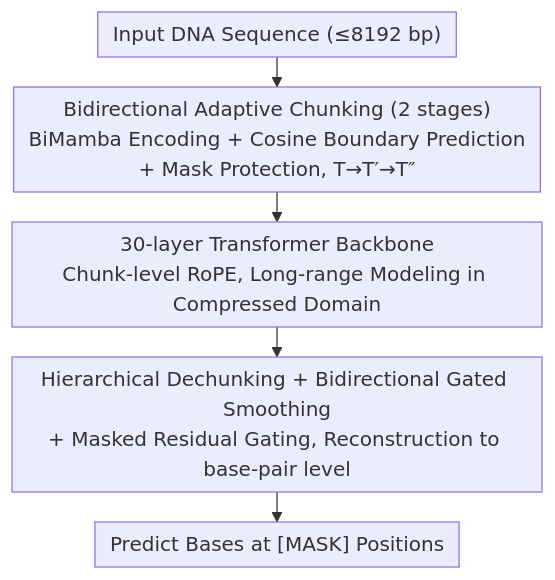
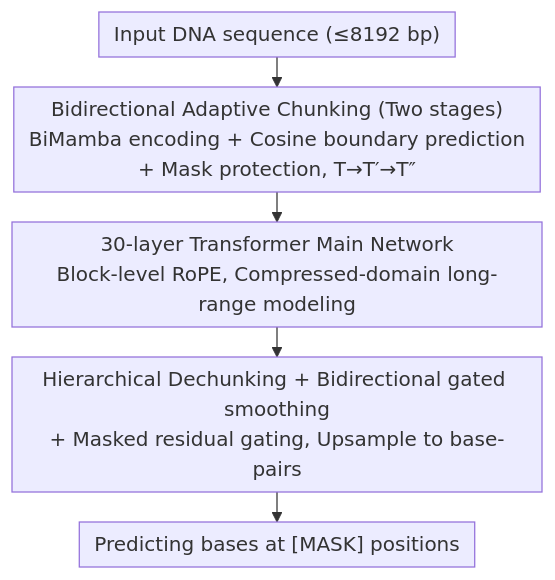
Before and after one commit to zhaoyang97/Paper-Notes-en: the diagram in docs/ICML2026/computational_biology/dnachunker_learnable_tokenization_for_dna_language_models.md, drawn with Mermaid. The commit also changed other lines of this file and 5084 other files, not shown here.

````diff
--- a/docs/ICML2026/computational_biology/dnachunker_learnable_tokenization_for_dna_language_models.md
+++ b/docs/ICML2026/computational_biology/dnachunker_learnable_tokenization_for_dna_language_models.md
@@ -43,8 +43,8 @@
 ```mermaid
 %%{init: {'flowchart': {'rankSpacing': 24, 'nodeSpacing': 28, 'padding': 6, 'wrappingWidth': 400}}}%%
 flowchart TD
-    A["Input DNA Sequence (≤8192 bp)"] --> B["Bidirectional Adaptive Chunking (2 stages)<br/>BiMamba Encoding + Cosine Boundary Prediction<br/>+ Mask Protection, T→T′→T″"]
-    B --> C["30-layer Transformer Backbone<br/>Chunk-level RoPE, Long-range Modeling in Compressed Domain"]
-    C --> D["Hierarchical Dechunking + Bidirectional Gated Smoothing<br/>+ Masked Residual Gating, Reconstruction to base-pair level"]
-    D --> E["Predict Bases at [MASK] Positions"]
+    A["Input DNA sequence (≤8192 bp)"] --> B["Bidirectional Adaptive Chunking (Two stages)<br/>BiMamba encoding + Cosine boundary prediction<br/>+ Mask protection, T→T′→T″"]
+    B --> C["30-layer Transformer Main Network<br/>Block-level RoPE, Compressed-domain long-range modeling"]
+    C --> D["Hierarchical Dechunking + Bidirectional gated smoothing<br/>+ Masked residual gating, Upsample to base-pairs"]
+    D --> E["Predicting bases at [MASK] positions"]
 ```
````
